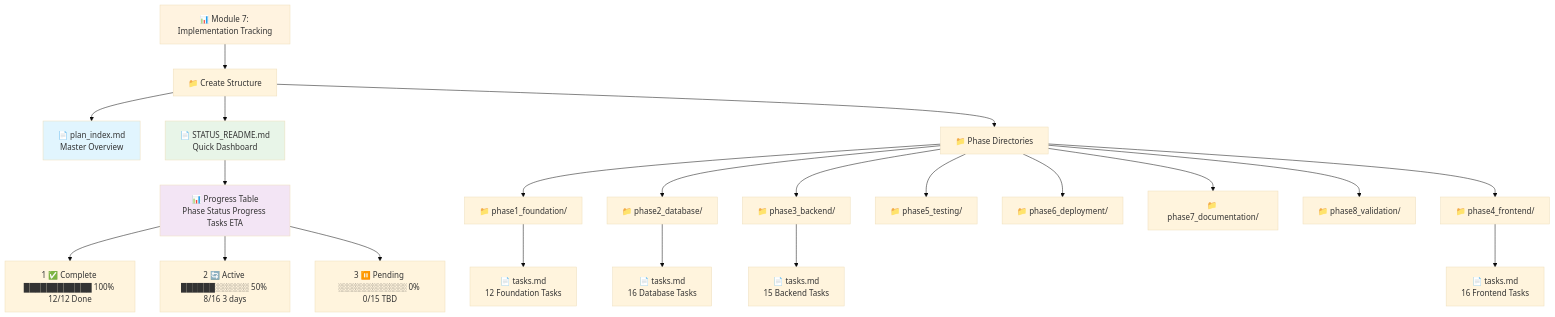
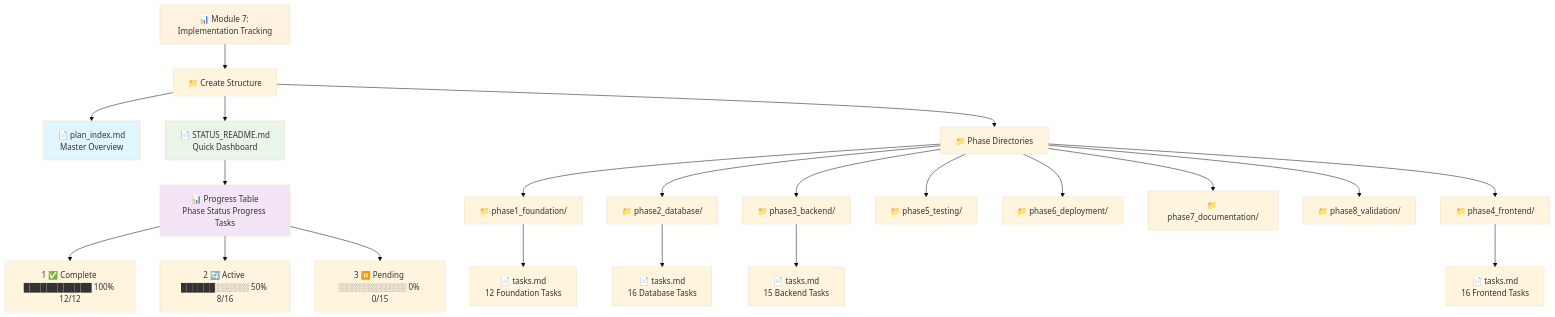
The seventh of 7 diagrams in project_instructions/WORKFLOW_DIAGRAM.md (PadsterH2012/Instructors), drawn with Mermaid (base theme) before and after one commit. The commit also changed 7 other files, not shown here.

Commit message:
Enhance project instruction system with updates to module documentation, including system upgrade detection, status file archiving, and improved workflow diagrams for clarity. Refactor resume system logic to check archived status files and streamline implementation tracking processes.

````diff
--- a/project_instructions/WORKFLOW_DIAGRAM.md
+++ b/project_instructions/WORKFLOW_DIAGRAM.md
@@ -300,33 +300,33 @@
 ```mermaid
 flowchart TD
     M7[📊 Module 7: Implementation Tracking] --> Structure[📁 Create Structure]
 
     Structure --> PlanIndex[📄 plan_index.md<br/>Master Overview]
     Structure --> StatusDash[📄 STATUS_README.md<br/>Quick Dashboard]
     Structure --> PhaseDirs[📁 Phase Directories]
 
     PhaseDirs --> P1[📁 phase1_foundation/]
     PhaseDirs --> P2[📁 phase2_database/]
     PhaseDirs --> P3[📁 phase3_backend/]
     PhaseDirs --> P4[📁 phase4_frontend/]
     PhaseDirs --> P5[📁 phase5_testing/]
     PhaseDirs --> P6[📁 phase6_deployment/]
     PhaseDirs --> P7[📁 phase7_documentation/]
     PhaseDirs --> P8[📁 phase8_validation/]
 
     P1 --> T1[📄 tasks.md<br/>12 Foundation Tasks]
     P2 --> T2[📄 tasks.md<br/>16 Database Tasks]
     P3 --> T3[📄 tasks.md<br/>15 Backend Tasks]
     P4 --> T4[📄 tasks.md<br/>16 Frontend Tasks]
 
-    StatusDash --> Table[📊 Progress Table<br/>Phase Status Progress Tasks ETA]
+    StatusDash --> Table[📊 Progress Table<br/>Phase Status Progress Tasks]
 
-    Table --> Row1[1 ✅ Complete ████████████ 100% 12/12 Done]
-    Table --> Row2[2 🔄 Active ██████░░░░░░ 50% 8/16 3 days]
-    Table --> Row3[3 ⏸️ Pending ░░░░░░░░░░░░ 0% 0/15 TBD]
+    Table --> Row1[1 ✅ Complete ████████████ 100% 12/12]
+    Table --> Row2[2 🔄 Active ██████░░░░░░ 50% 8/16]
+    Table --> Row3[3 ⏸️ Pending ░░░░░░░░░░░░ 0% 0/15]
 
     style M7 fill:#fff3e0
     style PlanIndex fill:#e1f5fe
     style StatusDash fill:#e8f5e8
     style Table fill:#f3e5f5
 ```
````
